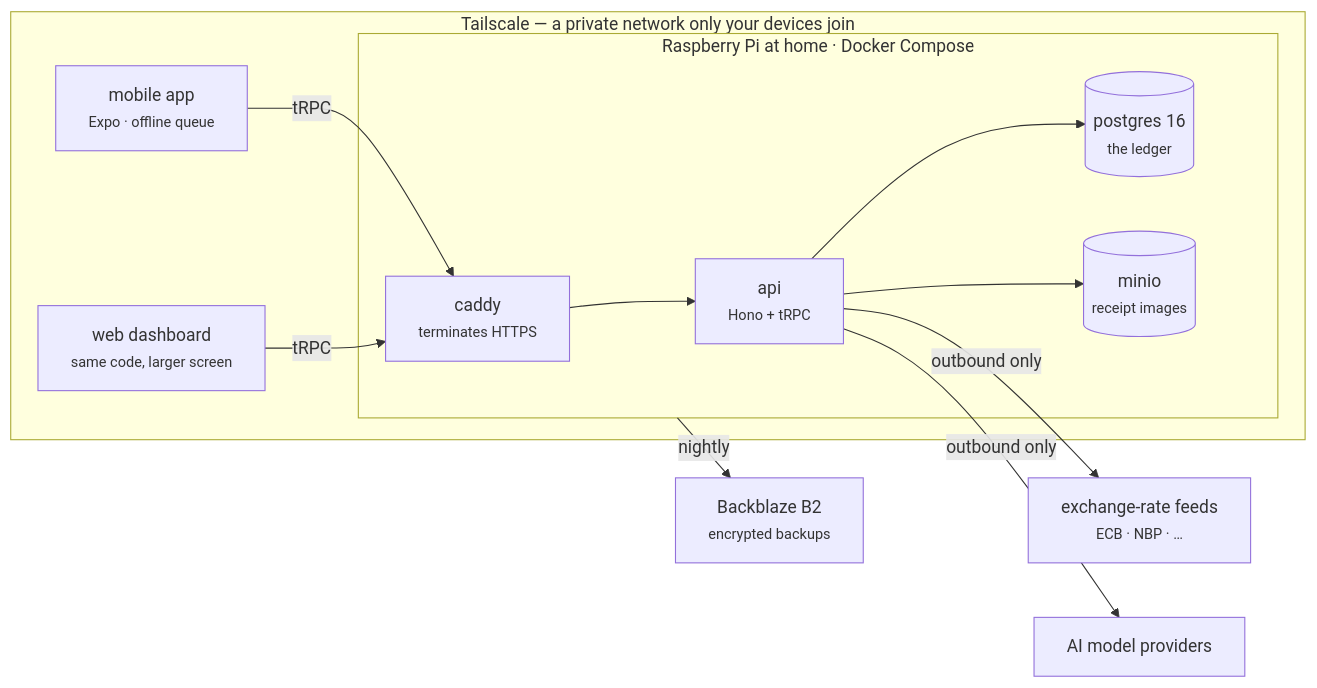
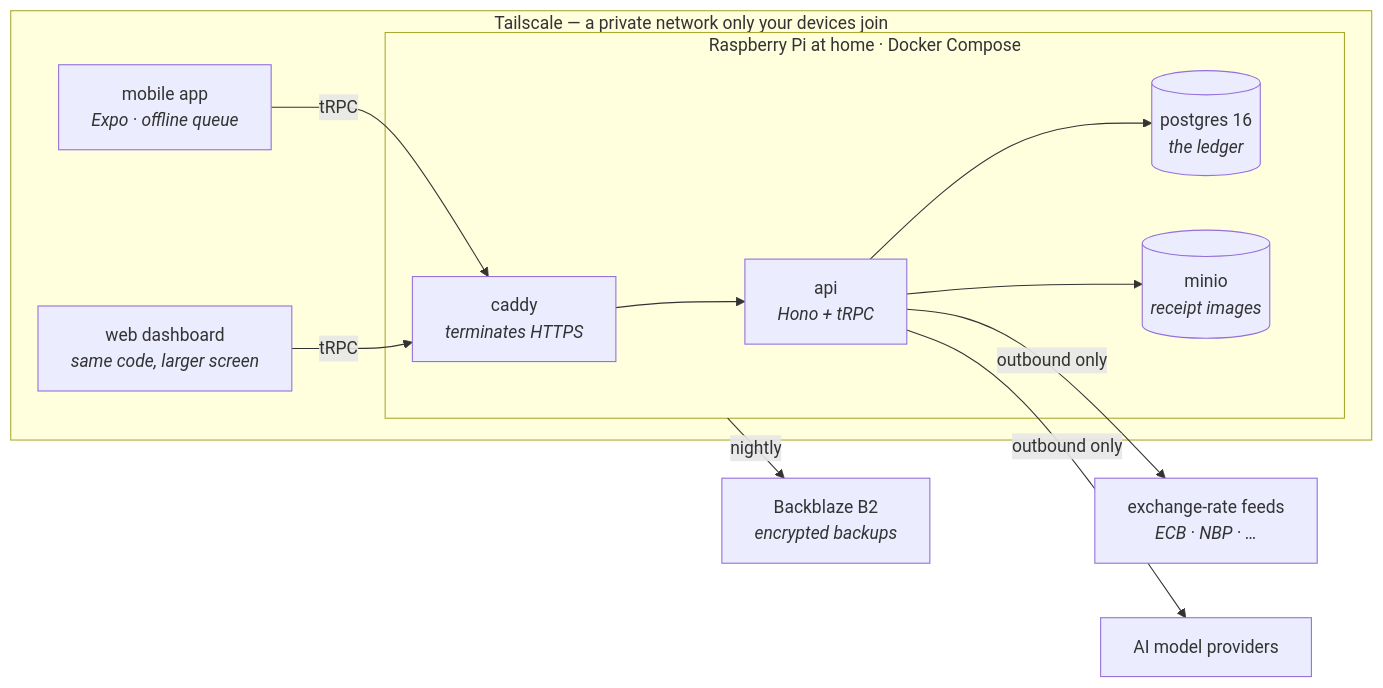
One commit to VoltLightning/waltning changed the first of 2 diagrams in docs/wiki/Home.md. Above: the diagram before and after it, drawn with Mermaid. The commit also changed 15 other files, not shown here.

````diff
--- a/docs/wiki/Home.md
+++ b/docs/wiki/Home.md
@@ -20,21 +20,21 @@
 ```mermaid
 graph LR
     subgraph tailnet["Tailscale — a private network only your devices join"]
-        PHONE["mobile app<br/><small>Expo · offline queue</small>"]
-        WEB["web dashboard<br/><small>same code, larger screen</small>"]
+        PHONE["mobile app<br/><i>Expo · offline queue</i>"]
+        WEB["web dashboard<br/><i>same code, larger screen</i>"]
         subgraph pi["Raspberry Pi at home · Docker Compose"]
-            CADDY["caddy<br/><small>terminates HTTPS</small>"]
-            API["api<br/><small>Hono + tRPC</small>"]
-            PG[("postgres 16<br/><small>the ledger</small>")]
-            MINIO[("minio<br/><small>receipt images</small>")]
+            CADDY["caddy<br/><i>terminates HTTPS</i>"]
+            API["api<br/><i>Hono + tRPC</i>"]
+            PG[("postgres 16<br/><i>the ledger</i>")]
+            MINIO[("minio<br/><i>receipt images</i>")]
         end
     end
-    FX["exchange-rate feeds<br/><small>ECB · NBP · …</small>"]
+    FX["exchange-rate feeds<br/><i>ECB · NBP · …</i>"]
     LLM["AI model providers"]
-    B2["Backblaze B2<br/><small>encrypted backups</small>"]
+    B2["Backblaze B2<br/><i>encrypted backups</i>"]
 
     PHONE & WEB -->|tRPC| CADDY --> API
     API --> PG & MINIO
     API -->|outbound only| FX & LLM
     pi -->|nightly| B2
 ```
````
